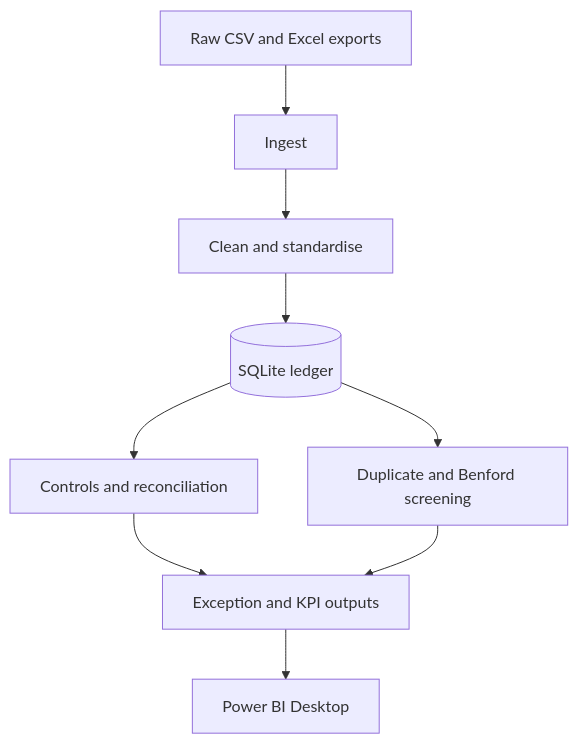
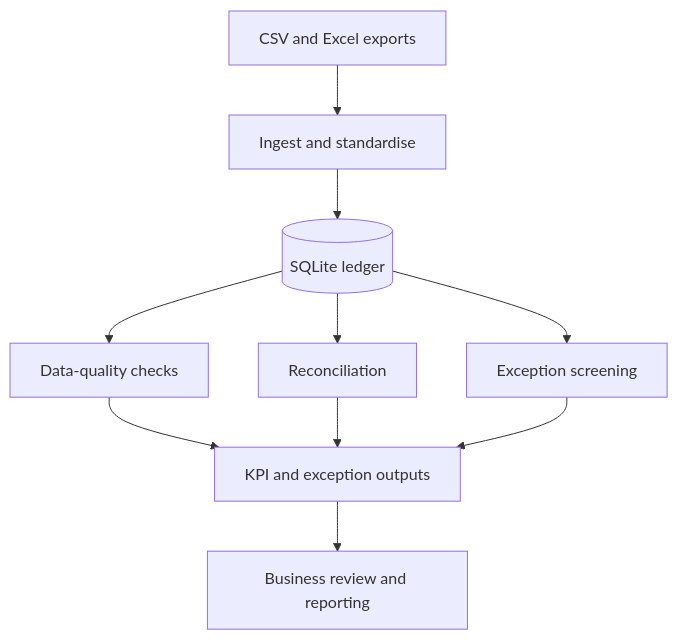
Before and after one commit to varshithyadav17/Transaction-data-quality-reconciliation: the diagram in README.md, drawn with Mermaid. The commit also changed other lines of this file, not shown here.

Commit message:
Rewrite README for business analytics portfolio

````diff
--- a/README.md
+++ b/README.md
@@ -38,11 +28,12 @@
 ```mermaid
 flowchart TD
-    A[Raw CSV and Excel exports] --> B[Ingest]
-    B --> C[Clean and standardise]
-    C --> D[(SQLite ledger)]
-    D --> E[Controls and reconciliation]
-    D --> F[Duplicate and Benford screening]
-    E --> G[Exception and KPI outputs]
+    A[CSV and Excel exports] --> B[Ingest and standardise]
+    B --> C[(SQLite ledger)]
+    C --> D[Data-quality checks]
+    C --> E[Reconciliation]
+    C --> F[Exception screening]
+    D --> G[KPI and exception outputs]
+    E --> G
     F --> G
-    G --> H[Power BI Desktop]
+    G --> H[Business review and reporting]
 ```
````
